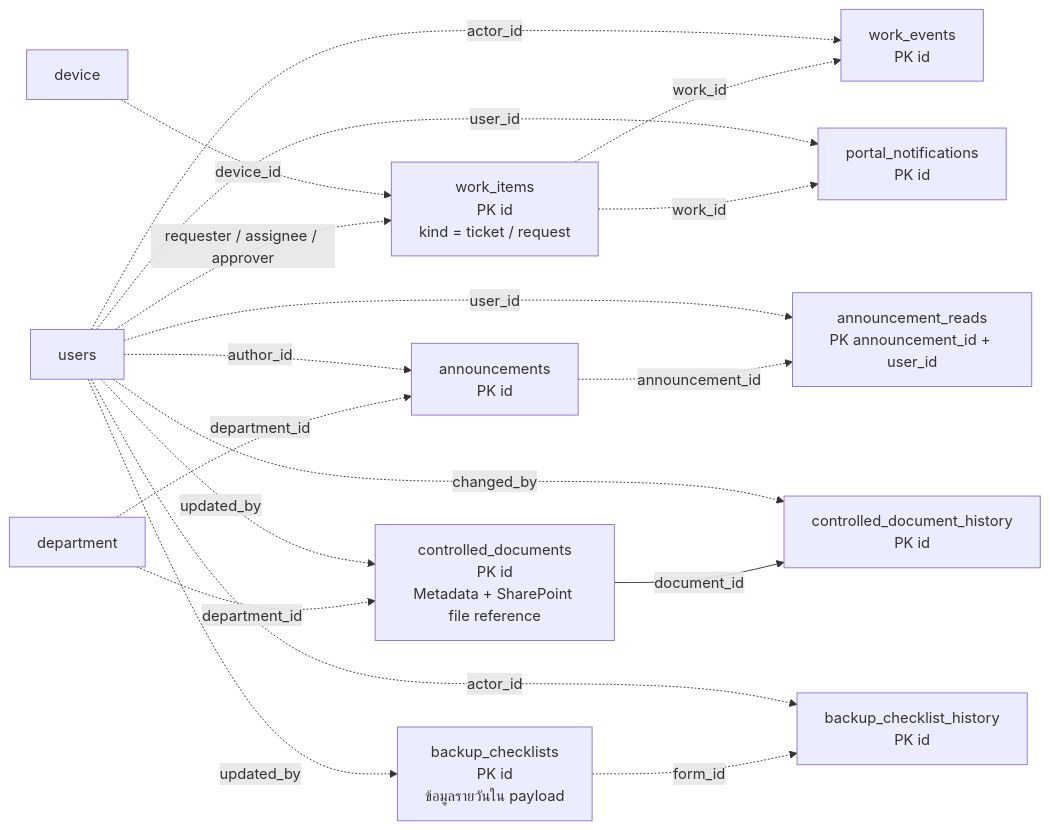
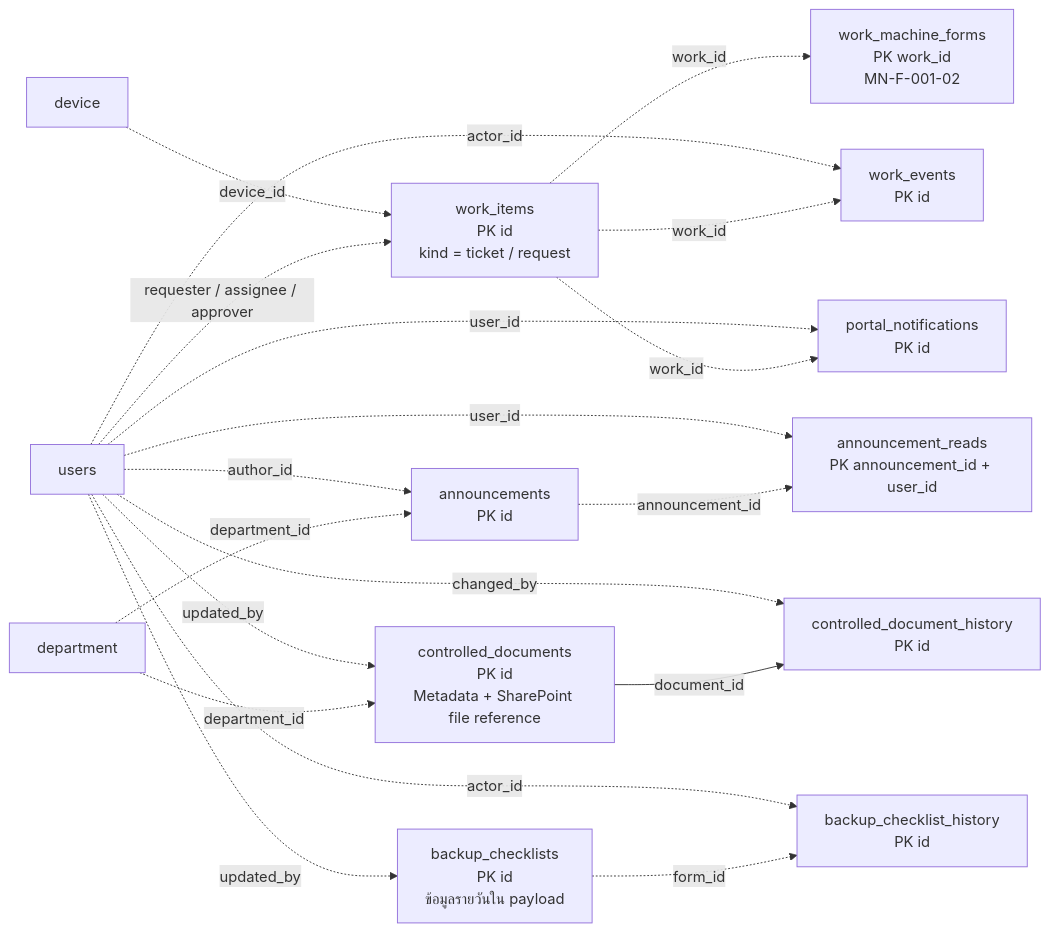
The diagram in docs/diagrams/05-system.mmd (svpitcom/svp_intranet), drawn with Mermaid before and after one commit. The commit also changed 28 other files, not shown here.

```diff
--- a/docs/diagrams/05-system.mmd
+++ b/docs/diagrams/05-system.mmd
@@ -1,30 +1,32 @@
 flowchart LR
     USER["users"]
     DEP["department"]
     DEVICE["device"]
     WORK["work_items<br/>PK id<br/>kind = ticket / request"]
+    REPAIRFORM["work_machine_forms<br/>PK work_id<br/>MN-F-001-02"]
     EVENT["work_events<br/>PK id"]
     NOTICE["portal_notifications<br/>PK id"]
     ANN["announcements<br/>PK id"]
     READ["announcement_reads<br/>PK announcement_id + user_id"]
     DOC["controlled_documents<br/>PK id<br/>Metadata + SharePoint file reference"]
     DOCH["controlled_document_history<br/>PK id"]
     BACKUP["backup_checklists<br/>PK id<br/>ข้อมูลรายวันใน payload"]
     BACKUPH["backup_checklist_history<br/>PK id"]
     USER -.->|requester / assignee / approver| WORK
     DEVICE -.->|device_id| WORK
     WORK -.->|work_id| EVENT
     WORK -.->|work_id| NOTICE
+    WORK -.->|work_id| REPAIRFORM
     USER -.->|actor_id| EVENT
     USER -.->|user_id| NOTICE
     DEP -.->|department_id| ANN
     USER -.->|author_id| ANN
     ANN -.->|announcement_id| READ
     USER -.->|user_id| READ
     DEP -.->|department_id| DOC
     USER -.->|updated_by| DOC
     DOC -->|document_id| DOCH
     USER -.->|changed_by| DOCH
     USER -.->|updated_by| BACKUP
     BACKUP -.->|form_id| BACKUPH
     USER -.->|actor_id| BACKUPH
```
